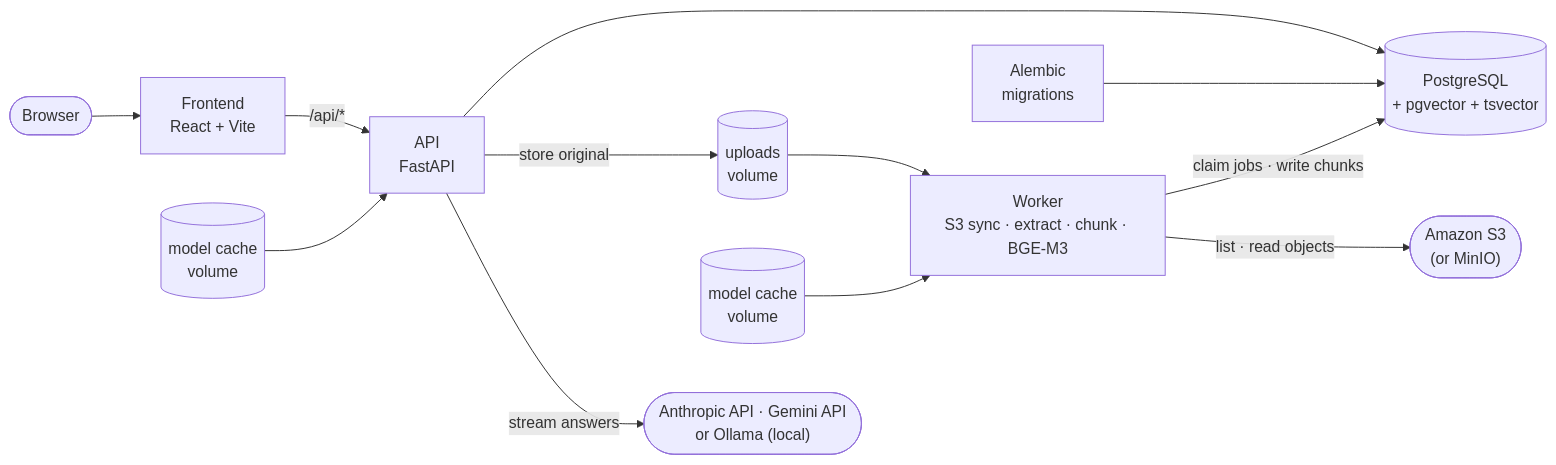
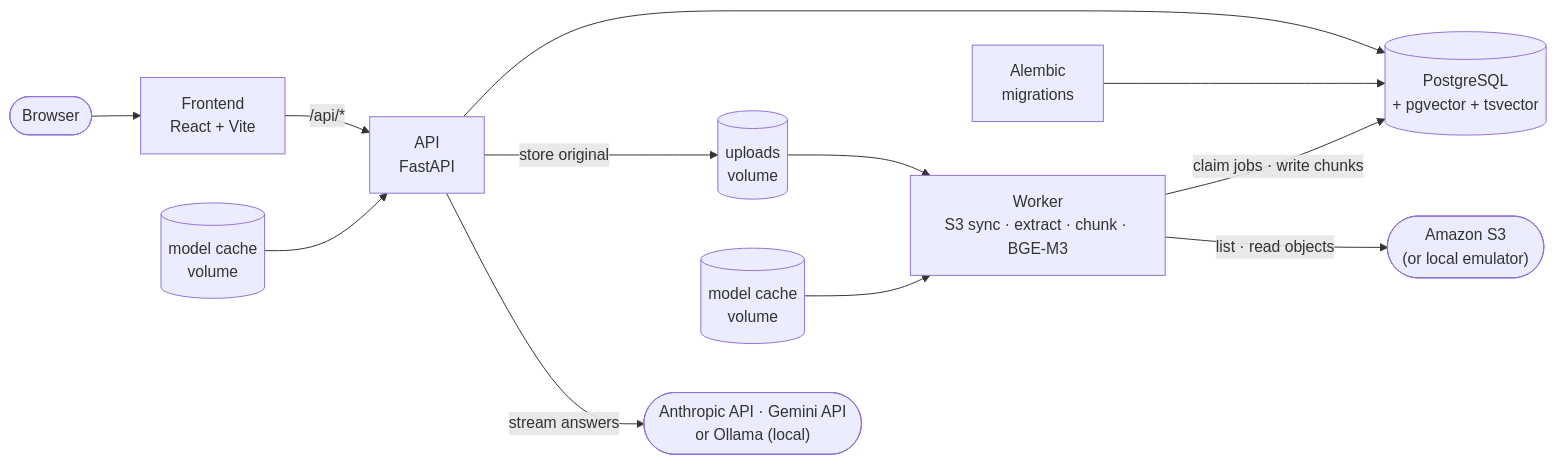
One commit to Yash01Negi/docs-rag-platform changed the diagram in README.md. Above: the diagram before and after it, drawn with Mermaid. The commit also changed other lines of this file and 12 other files, not shown here.

````diff
--- a/README.md
+++ b/README.md
@@ -97,14 +97,14 @@
 ```mermaid
 flowchart LR
     browser([Browser]) --> fe["Frontend<br/>React + Vite"]
     fe -- "/api/*" --> be["API<br/>FastAPI"]
     be --> db[("PostgreSQL<br/>+ pgvector + tsvector")]
     cache2[("model cache<br/>volume")] --> be
     be -- "store original" --> files[("uploads<br/>volume")]
     be -- "stream answers" --> llm(["Anthropic API · Gemini API<br/>or Ollama (local)"])
     worker["Worker<br/>S3 sync · extract · chunk · BGE-M3"] -- "claim jobs · write chunks" --> db
-    worker -- "list · read objects" --> s3(["Amazon S3<br/>(or MinIO)"])
+    worker -- "list · read objects" --> s3(["Amazon S3<br/>(or local emulator)"])
     files --> worker
     cache[("model cache<br/>volume")] --> worker
     mig["Alembic<br/>migrations"] --> db
 ```
````
